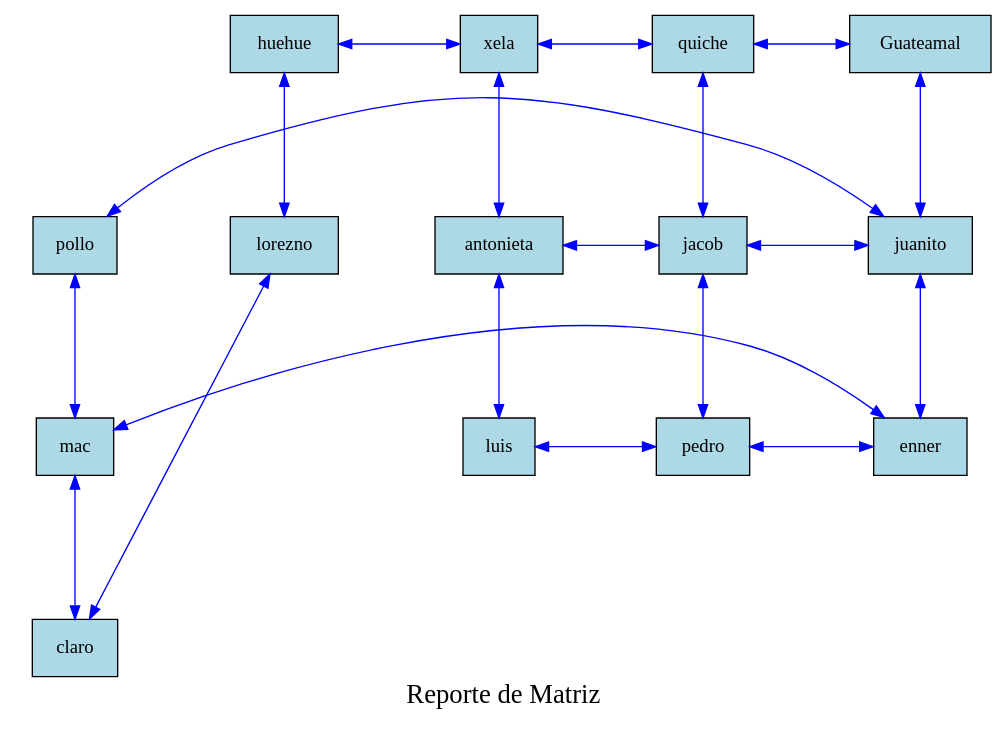
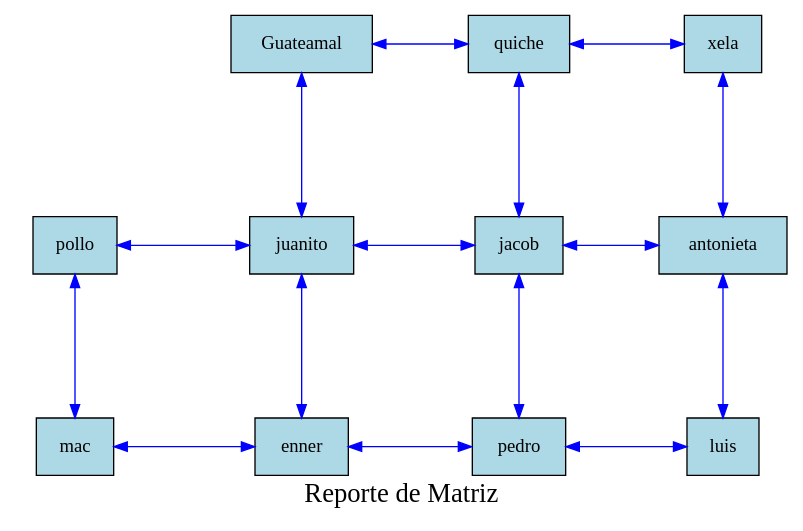
The diagram in Proyecto1/cmake-build-debug/reporteMatriz.dot (Ennero/EDD_Proyecto1_Vacas2_202302220), drawn with Graphviz before and after one commit. The commit also changed 26 other files, not shown here.

```diff
--- a/Proyecto1/cmake-build-debug/reporteMatriz.dot
+++ b/Proyecto1/cmake-build-debug/reporteMatriz.dot
@@ -1,42 +1,35 @@
 digraph G {
  rankdir=TB;
  node [shape=box, style=filled, fillcolor=lightblue, margin=0.2];
 edge [style=solid, color=blue];
  graph [ranksep=1.5, nodesep=1];
 graph [label="Reporte de Matriz", fontsize=20, fontcolor=black];
     invisible_[label="invisible"style=invis];
-    invisible_-> nodo_1801559367792 [style=invis];
-    nodo_1801559367792 [label="pollo"style=filled, fillcolor=lightblue];
-    nodo_1801559367792 -> nodo_1801559368848 [dir=both];
-    nodo_1801559367792 -> nodo_1801559350128 [dir=both,constraint=false];
-    nodo_1801559368848 [label="mac"style=filled, fillcolor=lightblue];
-    nodo_1801559368848 -> nodo_1801559960544 [dir=both];
-    nodo_1801559368848 -> nodo_1801559370256 [dir=both,constraint=false];
-    nodo_1801559960544 [label="claro"style=filled, fillcolor=lightblue];
-    nodo_1801559960544 -> nodo_1801559959904 [dir=both,constraint=false];
-    nodo_1801559367440 [label="Guateamal"style=filled, fillcolor=lightblue];
-    nodo_1801559367440 -> nodo_1801559350128 [dir=both];
-    nodo_1801559367440 -> nodo_1801559368496 [dir=both,constraint=false];
-    nodo_1801559350128 [label="juanito"style=filled, fillcolor=lightblue];
-    nodo_1801559350128 -> nodo_1801559370256 [dir=both];
-    nodo_1801559350128 -> nodo_1801559369904 [dir=both,constraint=false];
-    nodo_1801559370256 [label="enner"style=filled, fillcolor=lightblue];
-    nodo_1801559370256 -> nodo_1801559368144 [dir=both,constraint=false];
-    nodo_1801559368496 [label="quiche"style=filled, fillcolor=lightblue];
-    nodo_1801559368496 -> nodo_1801559369904 [dir=both];
-    nodo_1801559368496 -> nodo_1801559369552 [dir=both,constraint=false];
-    nodo_1801559369904 [label="jacob"style=filled, fillcolor=lightblue];
-    nodo_1801559369904 -> nodo_1801559368144 [dir=both];
-    nodo_1801559369904 -> nodo_1801559370608 [dir=both,constraint=false];
-    nodo_1801559368144 [label="pedro"style=filled, fillcolor=lightblue];
-    nodo_1801559368144 -> nodo_1801559369200 [dir=both,constraint=false];
-    nodo_1801559369552 [label="xela"style=filled, fillcolor=lightblue];
-    nodo_1801559369552 -> nodo_1801559370608 [dir=both];
-    nodo_1801559369552 -> nodo_1801559960224 [dir=both,constraint=false];
-    nodo_1801559370608 [label="antonieta"style=filled, fillcolor=lightblue];
-    nodo_1801559370608 -> nodo_1801559369200 [dir=both];
-    nodo_1801559369200 [label="luis"style=filled, fillcolor=lightblue];
-    nodo_1801559960224 [label="huehue"style=filled, fillcolor=lightblue];
-    nodo_1801559960224 -> nodo_1801559959904 [dir=both];
-    nodo_1801559959904 [label="lorezno"style=filled, fillcolor=lightblue];
+    invisible_-> nodo_3008170844272 [style=invis];
+    nodo_3008170844272 [label="pollo"style=filled, fillcolor=lightblue];
+    nodo_3008170844272 -> nodo_3008170845328 [dir=both];
+    nodo_3008170844272 -> nodo_3008170826608 [dir=both,constraint=false];
+    nodo_3008170845328 [label="mac"style=filled, fillcolor=lightblue];
+    nodo_3008170845328 -> nodo_3008170846736 [dir=both,constraint=false];
+    nodo_3008170843920 [label="Guateamal"style=filled, fillcolor=lightblue];
+    nodo_3008170843920 -> nodo_3008170826608 [dir=both];
+    nodo_3008170843920 -> nodo_3008170844976 [dir=both,constraint=false];
+    nodo_3008170826608 [label="juanito"style=filled, fillcolor=lightblue];
+    nodo_3008170826608 -> nodo_3008170846736 [dir=both];
+    nodo_3008170826608 -> nodo_3008170846384 [dir=both,constraint=false];
+    nodo_3008170846736 [label="enner"style=filled, fillcolor=lightblue];
+    nodo_3008170846736 -> nodo_3008170844624 [dir=both,constraint=false];
+    nodo_3008170844976 [label="quiche"style=filled, fillcolor=lightblue];
+    nodo_3008170844976 -> nodo_3008170846384 [dir=both];
+    nodo_3008170844976 -> nodo_3008170846032 [dir=both,constraint=false];
+    nodo_3008170846384 [label="jacob"style=filled, fillcolor=lightblue];
+    nodo_3008170846384 -> nodo_3008170844624 [dir=both];
+    nodo_3008170846384 -> nodo_3008170847088 [dir=both,constraint=false];
+    nodo_3008170844624 [label="pedro"style=filled, fillcolor=lightblue];
+    nodo_3008170844624 -> nodo_3008170845680 [dir=both,constraint=false];
+    nodo_3008170846032 [label="xela"style=filled, fillcolor=lightblue];
+    nodo_3008170846032 -> nodo_3008170847088 [dir=both];
+    nodo_3008170847088 [label="antonieta"style=filled, fillcolor=lightblue];
+    nodo_3008170847088 -> nodo_3008170845680 [dir=both];
+    nodo_3008170845680 [label="luis"style=filled, fillcolor=lightblue];
 }
```
